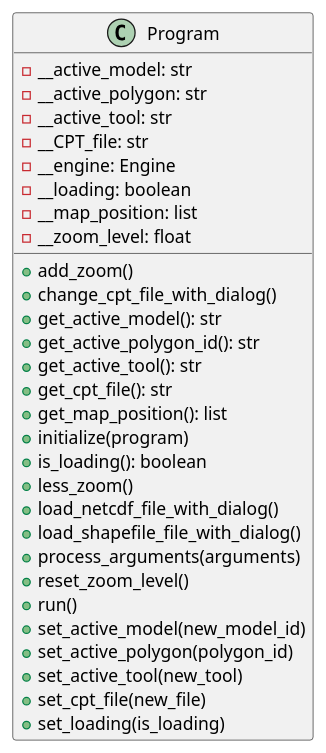
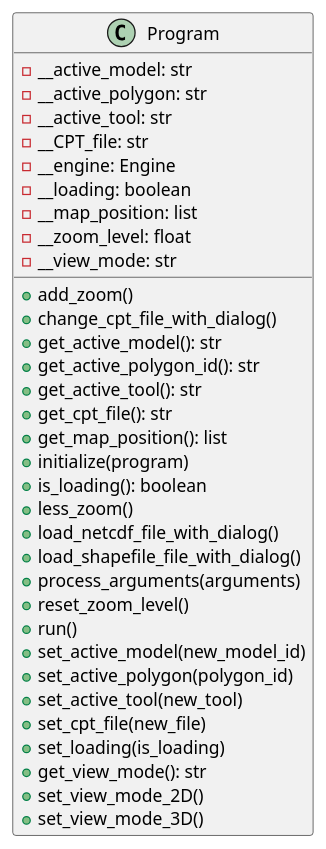
One commit to ferpoble2/Relief_Creator changed the diagram in docs/classes/Program.puml. Above: the diagram before and after it, drawn with PlantUML. The commit also changed 1 other file, not shown here.

```diff
--- a/docs/classes/Program.puml
+++ b/docs/classes/Program.puml
@@ -1,33 +1,37 @@
 @startuml
 class Program {
     - __active_model: str
     - __active_polygon: str
     - __active_tool: str
     - __CPT_file: str
     - __engine: Engine
     - __loading: boolean
     - __map_position: list
     - __zoom_level: float
+    - __view_mode: str
 
     + add_zoom()
     + change_cpt_file_with_dialog()
     + get_active_model(): str
     + get_active_polygon_id(): str
     + get_active_tool(): str
     + get_cpt_file(): str
     + get_map_position(): list
     + initialize(program)
     + is_loading(): boolean
     + less_zoom()
     + load_netcdf_file_with_dialog()
     + load_shapefile_file_with_dialog()
     + process_arguments(arguments)
     + reset_zoom_level()
     + run()
     + set_active_model(new_model_id)
     + set_active_polygon(polygon_id)
     + set_active_tool(new_tool)
     + set_cpt_file(new_file)
     + set_loading(is_loading)
+    + get_view_mode(): str
+    + set_view_mode_2D()
+    + set_view_mode_3D()
 }
 @enduml
```
